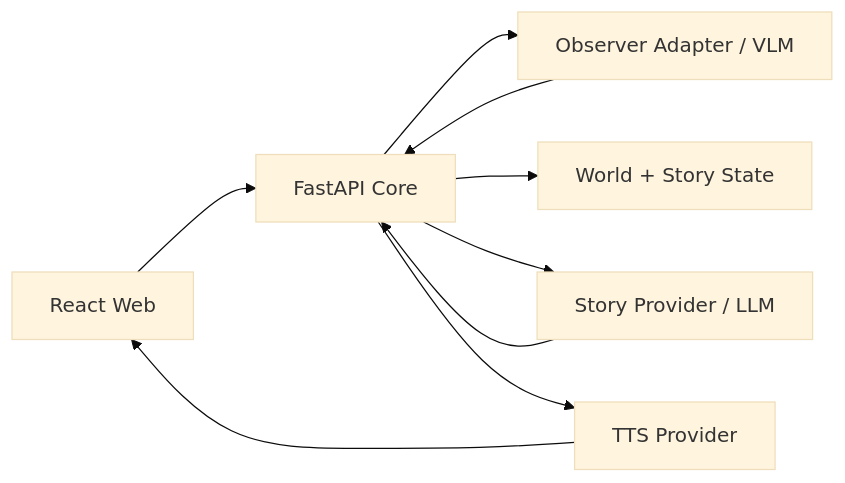
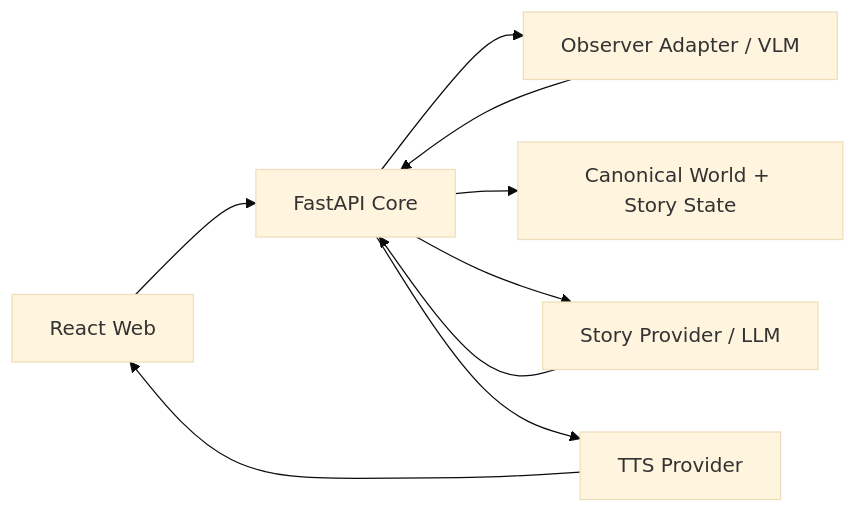
Before and after one commit to Lilian0414/child: the diagram in README.md, drawn with Mermaid (base theme). The commit also changed other lines of this file, not shown here.

````diff
--- a/README.md
+++ b/README.md
@@ -136,11 +187,11 @@
 ```mermaid
 flowchart LR
     UI["React Web"] --> API["FastAPI Core"]
     API --> OBS["Observer Adapter / VLM"]
     OBS --> API
-    API --> DB["World + Story State"]
+    API --> STATE["Canonical World + Story State"]
     API --> STORY["Story Provider / LLM"]
     STORY --> API
     API --> TTS["TTS Provider"]
     TTS --> UI
 ```
````
